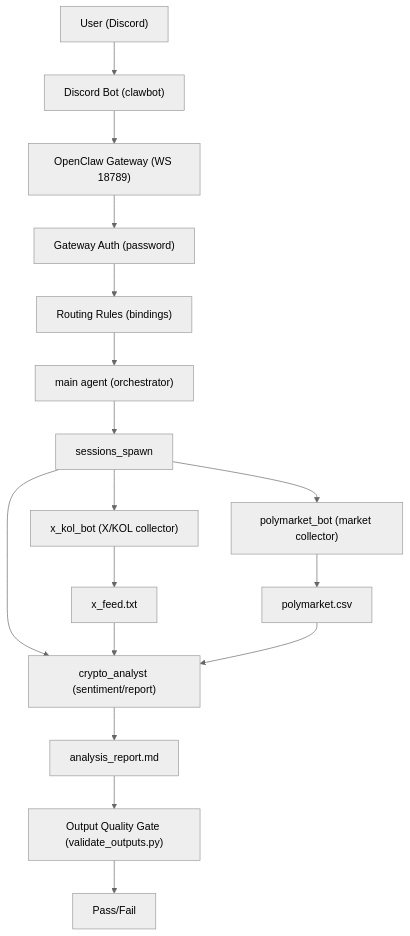
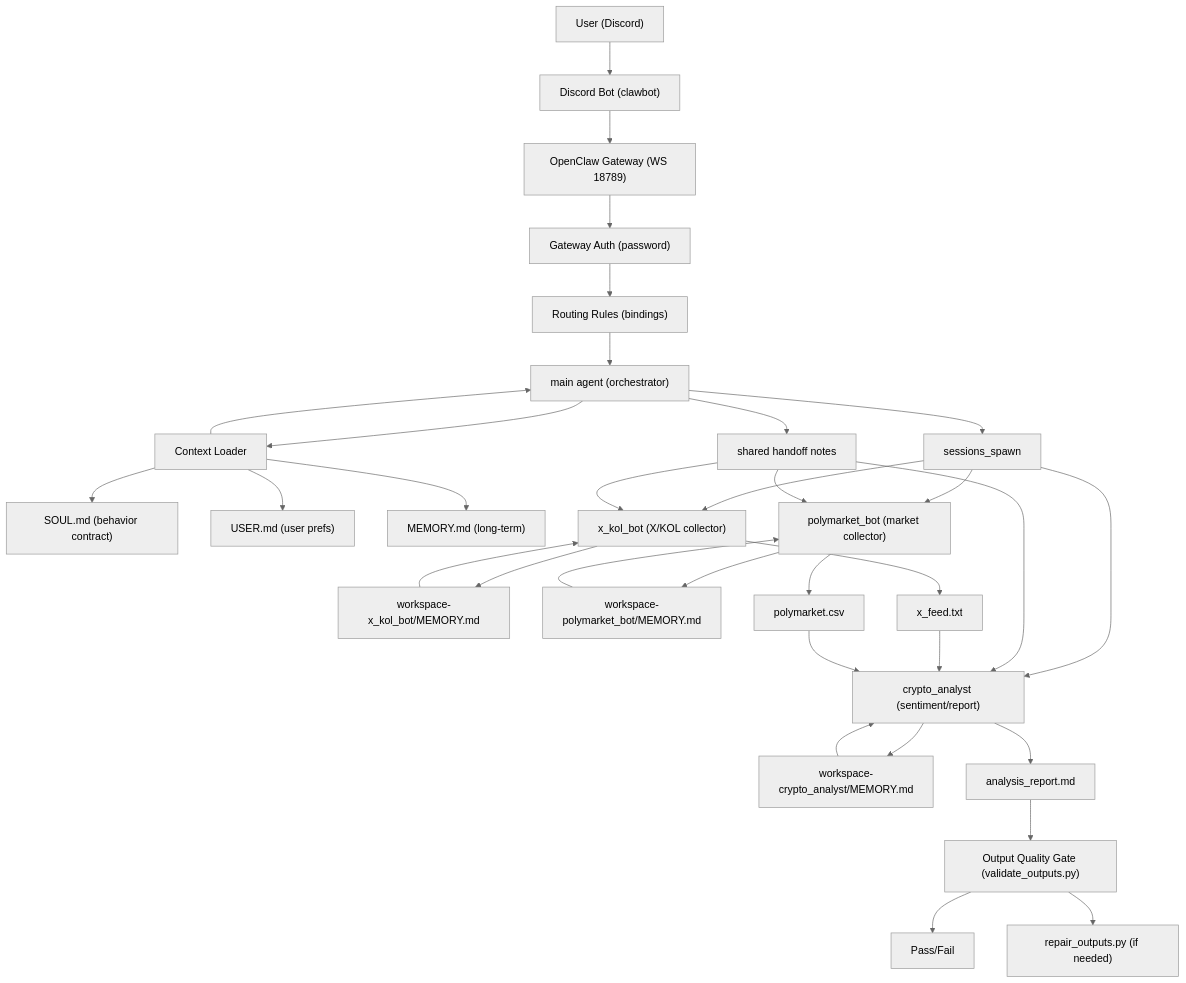
The diagram in README.md (jiangew/openclaw-agents-assistant), drawn with Mermaid (neutral theme) before and after one commit. The commit also changed other lines of this file, not shown here.

````diff
--- a/README.md
+++ b/README.md
@@ -75,23 +75,42 @@
 ```mermaid
 flowchart TD
   U["User (Discord)"] --> D["Discord Bot (clawbot)"]
   D --> G["OpenClaw Gateway (WS 18789)"]
 
   G --> GA["Gateway Auth (password)"]
   GA --> GR["Routing Rules (bindings)"]
   GR --> M["main agent (orchestrator)"]
 
+  M --> C1["Context Loader"]
+  C1 --> SO["SOUL.md (behavior contract)"]
+  C1 --> US["USER.md (user prefs)"]
+  C1 --> MM["MEMORY.md (long-term)"]
+  C1 --> M
   M --> S1["sessions_spawn"]
+
   S1 --> XK["x_kol_bot (X/KOL collector)"]
   S1 --> PM["polymarket_bot (market collector)"]
   S1 --> CA["crypto_analyst (sentiment/report)"]
+
+  XK --> XKCTX["workspace-x_kol_bot/MEMORY.md"]
+  XKCTX --> XK
+  PM --> PMCTX["workspace-polymarket_bot/MEMORY.md"]
+  PMCTX --> PM
+  CA --> CACTX["workspace-crypto_analyst/MEMORY.md"]
+  CACTX --> CA
+
+  M --> SH["shared handoff notes"]
+  SH --> XK
+  SH --> PM
+  SH --> CA
 
   XK --> XF["x_feed.txt"]
   PM --> PC["polymarket.csv"]
   XF --> CA
   PC --> CA
   CA --> AR["analysis_report.md"]
 
   AR --> QG["Output Quality Gate (validate_outputs.py)"]
   QG --> OK["Pass/Fail"]
+  QG --> REP["repair_outputs.py (if needed)"]
 ```
````
